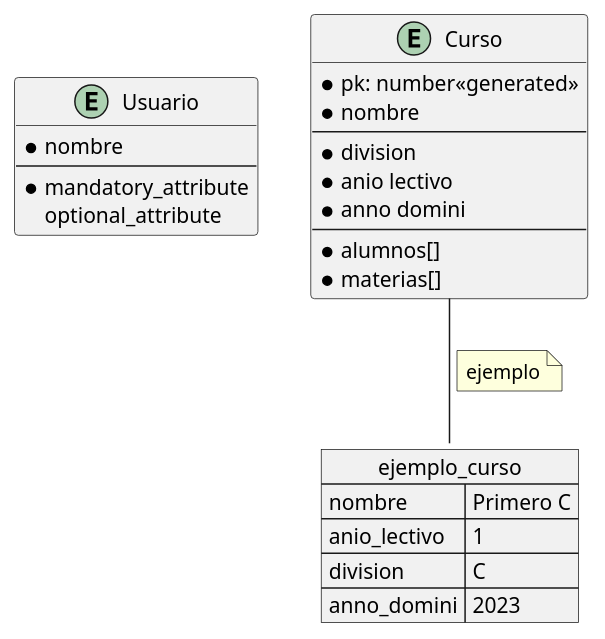
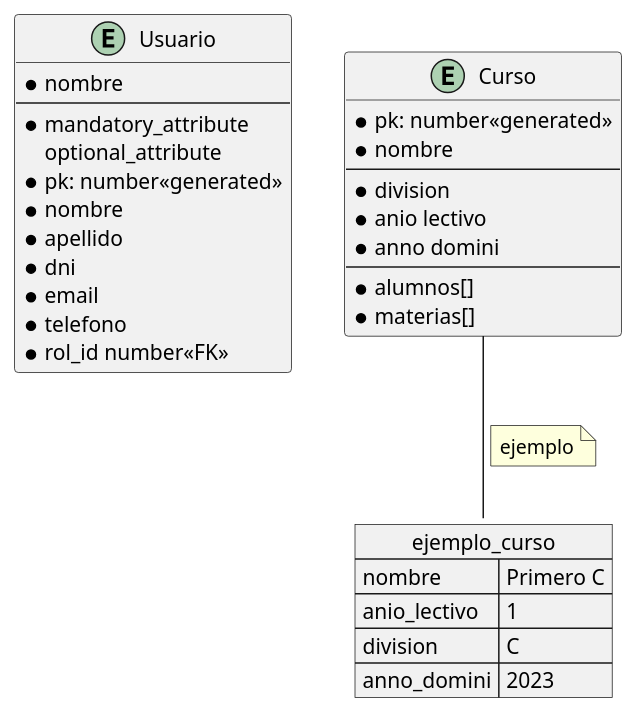
Before and after one commit to aragornz325/escuelas: the diagram in README.md, drawn with PlantUML.

Commit message:
agregando entidades al README.md

````diff
--- a/README.md
+++ b/README.md
@@ -3,36 +3,47 @@
 ```plantuml
 @startuml
 allow_mixing
 entity Usuario {
   * nombre
   --
   * mandatory_attribute
   optional_attribute
 }
 
 
 entity Curso {
   * pk: number<<generated>>
   * nombre
   --
   * division
   * anio lectivo
   * anno domini
   --
   * alumnos[]
   * materias[]
 }
 
+entity Usuario {
+  * pk: number<<generated>>
+  * nombre
+  * apellido
+  * dni
+  * email
+  * telefono
+  * rol_id number<<FK>>
+}
+
+
 json ejemplo_curso {
    "nombre":"Primero C",
    "anio_lectivo":"1",
    "division":"C",
    "anno_domini":"2023"
 }
 Curso -- ejemplo_curso
 note on link
 ejemplo
 end note
 
 @enduml
 ```
````
